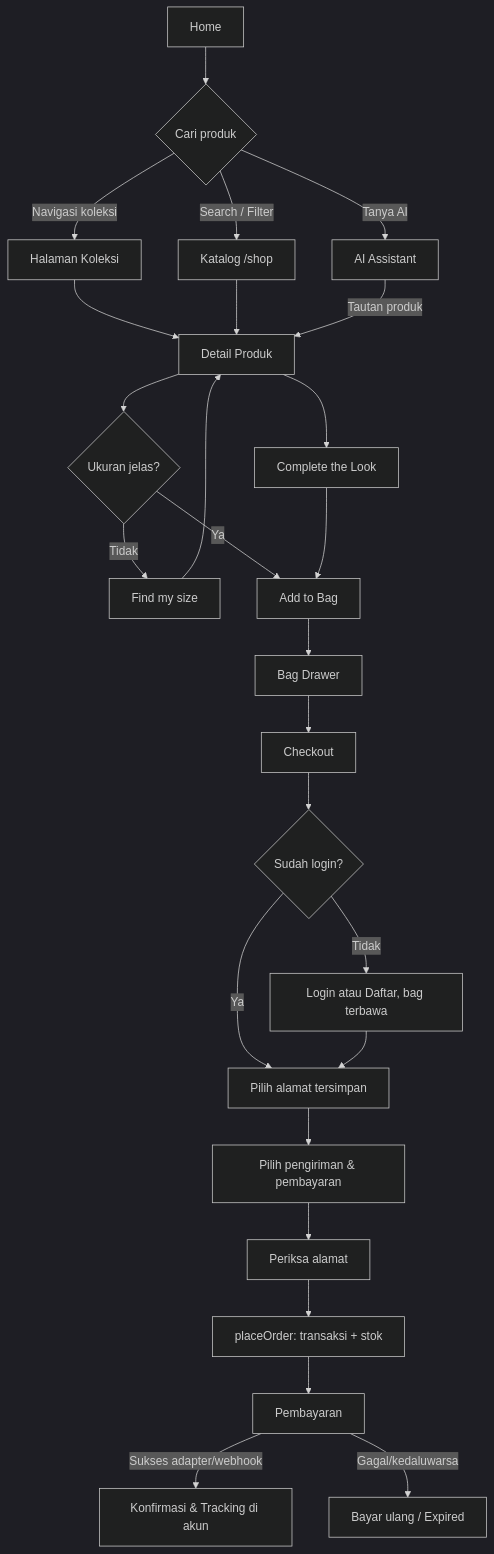
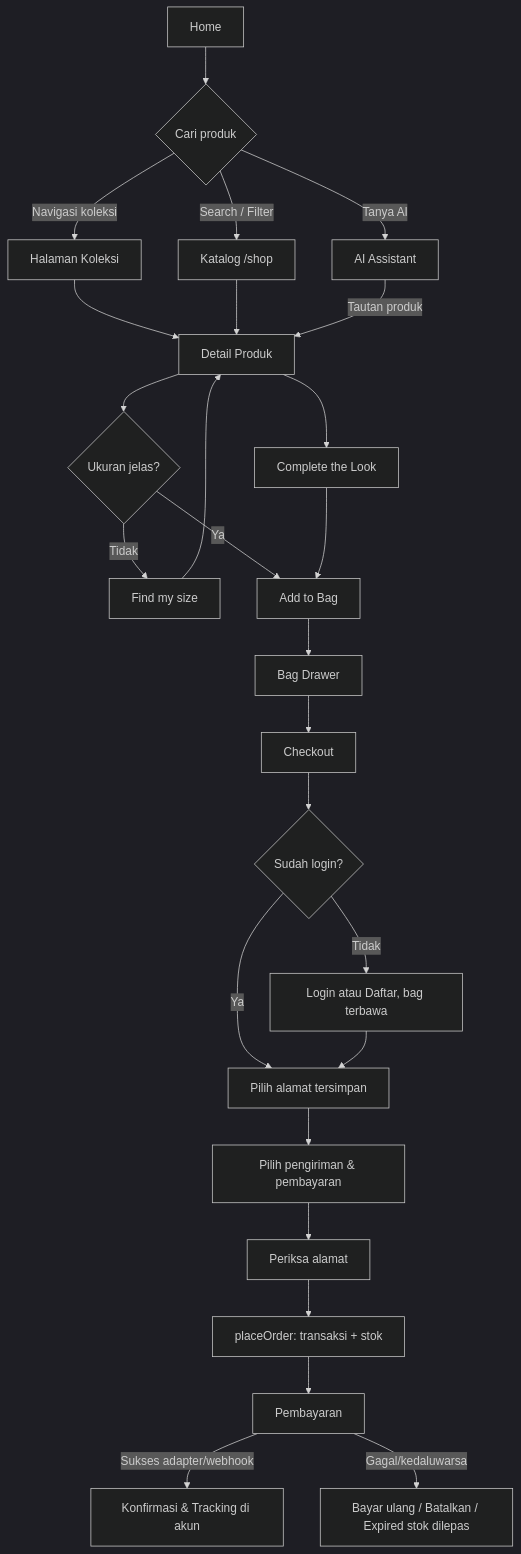
One commit to Ahmsdkiii/ZCorte changed the first of 3 diagrams in prd/02-roles-and-flows.md. Above: the diagram before and after it, drawn with Mermaid (dark theme). The commit also changed other lines of this file and 59 other files, not shown here.

````diff
--- a/prd/02-roles-and-flows.md
+++ b/prd/02-roles-and-flows.md
@@ -36,28 +37,28 @@
 ```mermaid
 flowchart TD
   A[Home] --> B{Cari produk}
   B -->|Navigasi koleksi| C[Halaman Koleksi]
   B -->|Search / Filter| D[Katalog /shop]
   B -->|Tanya AI| AI[AI Assistant]
   C --> E[Detail Produk]
   D --> E
   AI -->|Tautan produk| E
   E --> F{Ukuran jelas?}
   F -->|Tidak| G[Find my size]
   G --> E
   F -->|Ya| H[Add to Bag]
   E --> O[Complete the Look]
   O --> H
   H --> I[Bag Drawer]
   I --> J[Checkout]
   J --> K{Sudah login?}
   K -->|Tidak| L[Login atau Daftar, bag terbawa]
   K -->|Ya| M[Pilih alamat tersimpan]
   L --> M
   M --> N[Pilih pengiriman & pembayaran]
   N --> N2[Periksa alamat]
   N2 --> P[placeOrder: transaksi + stok]
   P --> Q[Pembayaran]
   Q -->|Sukses adapter/webhook| R[Konfirmasi & Tracking di akun]
-  Q -->|Gagal/kedaluwarsa| S[Bayar ulang / Expired]
+  Q -->|Gagal/kedaluwarsa| S[Bayar ulang / Batalkan / Expired stok dilepas]
 ```
````
